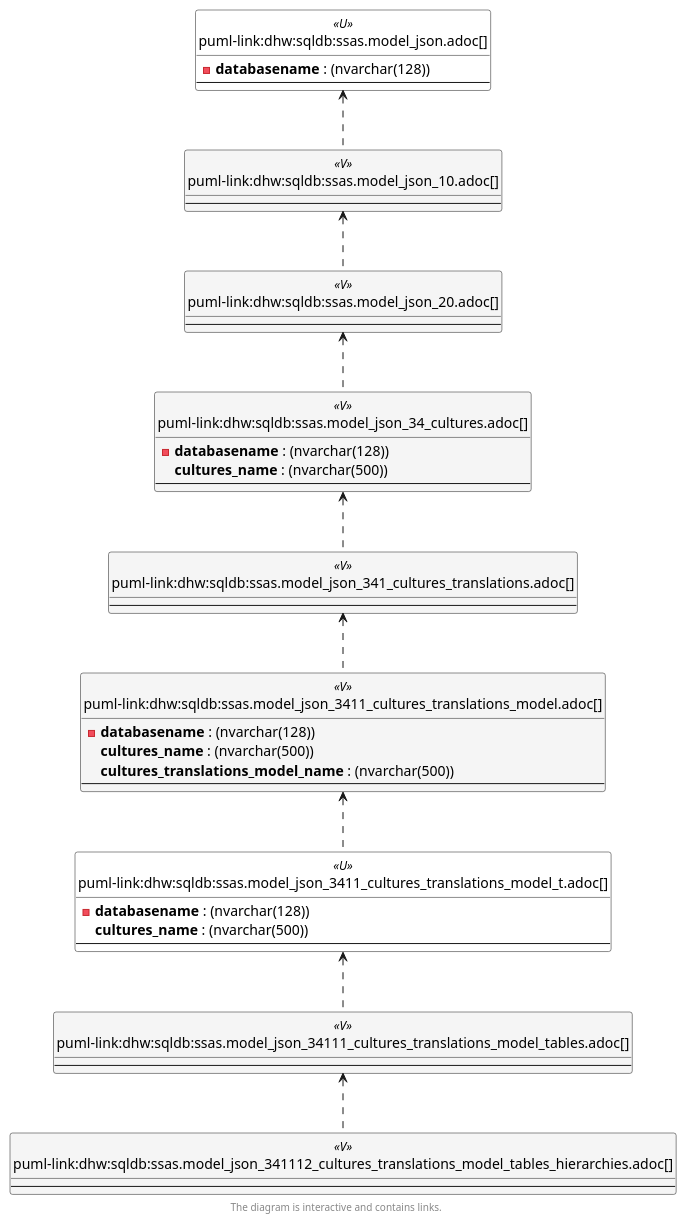
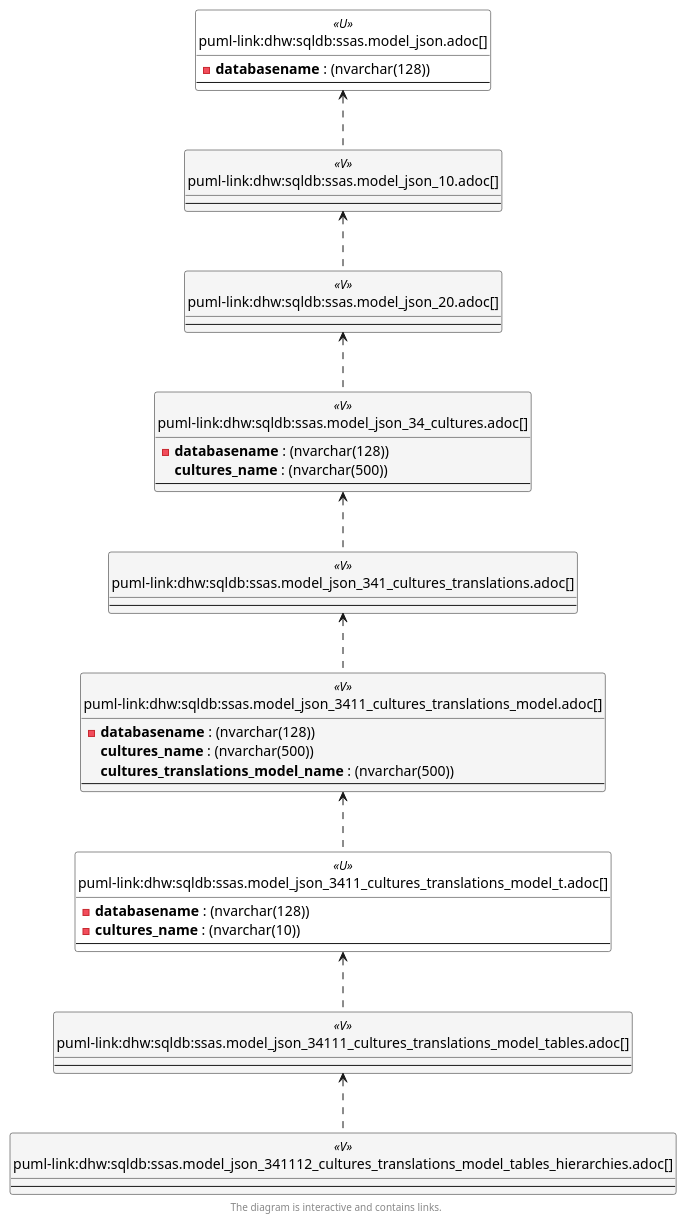
One commit to DataHandwerk/dhw-antora-sqldb changed the fourth of 6 diagrams in docs/modules/sqldb/partials/content/ssas.model_json_341112_cultures_translations_model_tables_hierarchies.adoc. Above: the diagram before and after it, drawn with PlantUML. The commit also changed 641 other files, not shown here.

```diff
--- a/docs/modules/sqldb/partials/content/ssas.model_json_341112_cultures_translations_model_tables_hierarchies.adoc
+++ b/docs/modules/sqldb/partials/content/ssas.model_json_341112_cultures_translations_model_tables_hierarchies.adoc
@@ -856,7 +856,7 @@
 
 entity "puml-link:dhw:sqldb:ssas.model_json_3411_cultures_translations_model_t.adoc[]" as ssas.model_json_3411_cultures_translations_model_T << U >> {
   - **databasename** : (nvarchar(128))
-  **cultures_name** : (nvarchar(500))
+  - **cultures_name** : (nvarchar(10))
   --
 }
 
```
